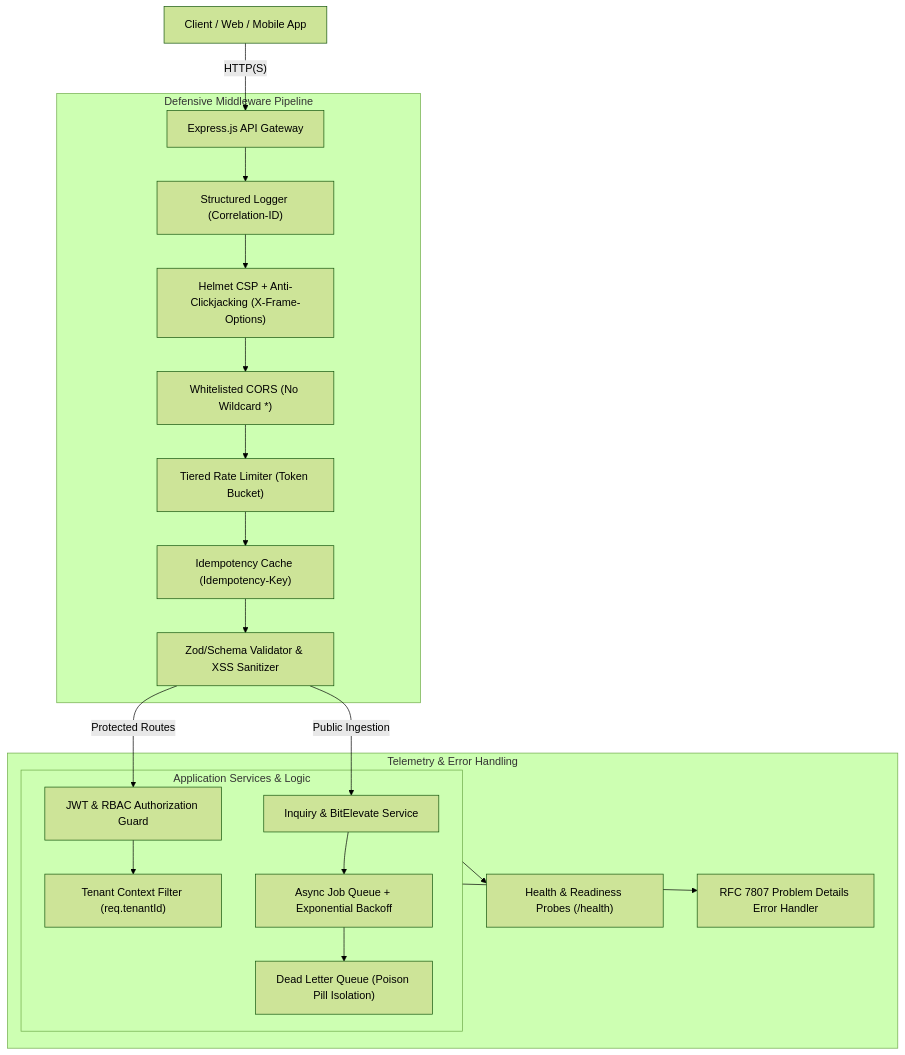
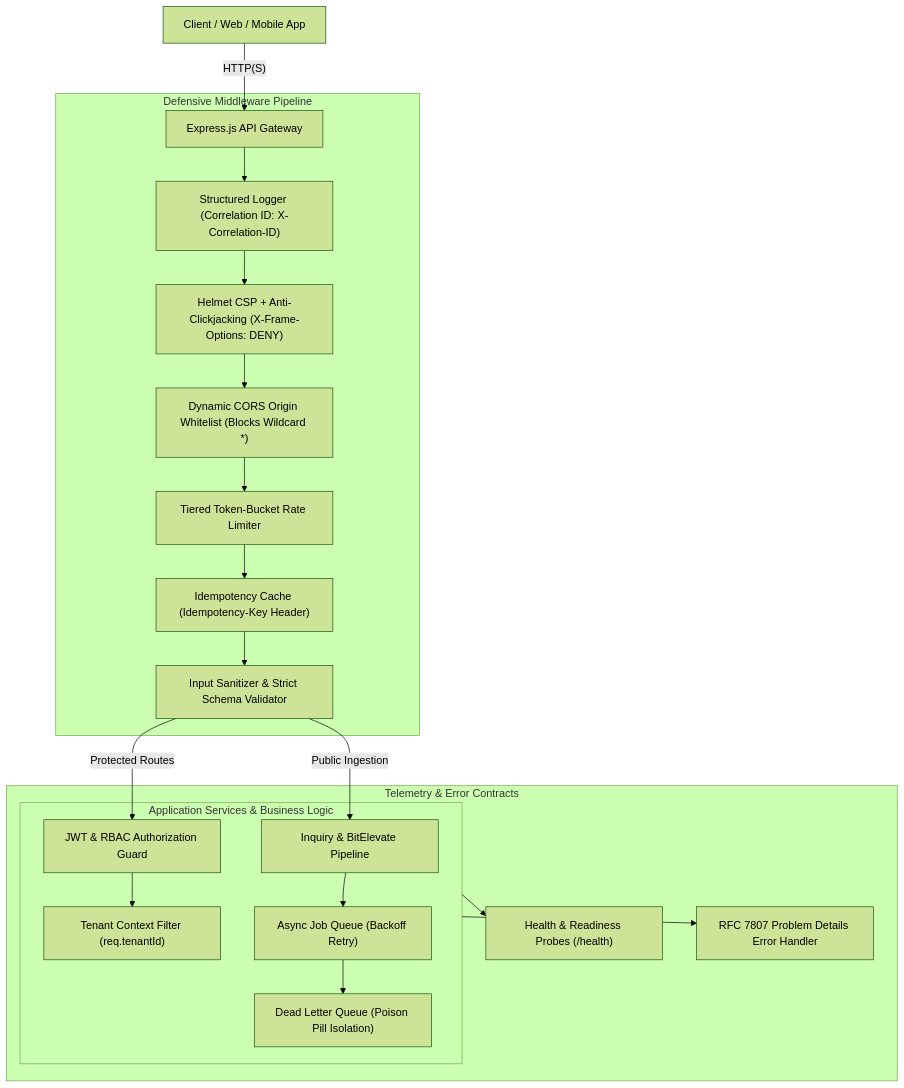
One commit to yvardhan1107/cynbit_backend_audit changed the diagram in README.md. Above: the diagram before and after it, drawn with Mermaid (forest theme). The commit also changed other lines of this file and 3 other files, not shown here.

````diff
--- a/README.md
+++ b/README.md
@@ -38,26 +60,26 @@
 ```mermaid
 flowchart TD
     Client["Client / Web / Mobile App"] -->|"HTTP(S)"| Gateway["Express.js API Gateway"]
     
     subgraph Middleware_Pipeline ["Defensive Middleware Pipeline"]
-        Gateway --> Logger["Structured Logger (Correlation-ID)"]
-        Logger --> Security["Helmet CSP + Anti-Clickjacking (X-Frame-Options)"]
-        Security --> CORS["Whitelisted CORS (No Wildcard *)"]
-        CORS --> RateLimiter["Tiered Rate Limiter (Token Bucket)"]
-        RateLimiter --> Idempotency["Idempotency Cache (Idempotency-Key)"]
-        Idempotency --> Validator["Zod/Schema Validator & XSS Sanitizer"]
+        Gateway --> Logger["Structured Logger (Correlation ID: X-Correlation-ID)"]
+        Logger --> Security["Helmet CSP + Anti-Clickjacking (X-Frame-Options: DENY)"]
+        Security --> CORS["Dynamic CORS Origin Whitelist (Blocks Wildcard *)"]
+        CORS --> RateLimiter["Tiered Token-Bucket Rate Limiter"]
+        RateLimiter --> Idempotency["Idempotency Cache (Idempotency-Key Header)"]
+        Idempotency --> Validator["Input Sanitizer & Strict Schema Validator"]
     end
 
-    subgraph Core_Services ["Application Services & Logic"]
-        Validator -->|"Public Ingestion"| InquiryService["Inquiry & BitElevate Service"]
+    subgraph Core_Services ["Application Services & Business Logic"]
+        Validator -->|"Public Ingestion"| InquiryService["Inquiry & BitElevate Pipeline"]
         Validator -->|"Protected Routes"| AuthGuard["JWT & RBAC Authorization Guard"]
         AuthGuard --> TenantIsolation["Tenant Context Filter (req.tenantId)"]
-        InquiryService --> Queue["Async Job Queue + Exponential Backoff"]
+        InquiryService --> Queue["Async Job Queue (Backoff Retry)"]
         Queue --> DLQ["Dead Letter Queue (Poison Pill Isolation)"]
     end
 
-    subgraph Observability ["Telemetry & Error Handling"]
+    subgraph Observability ["Telemetry & Error Contracts"]
         Core_Services --> Health["Health & Readiness Probes (/health)"]
         Core_Services --> RFC7807["RFC 7807 Problem Details Error Handler"]
     end
 ```
````
